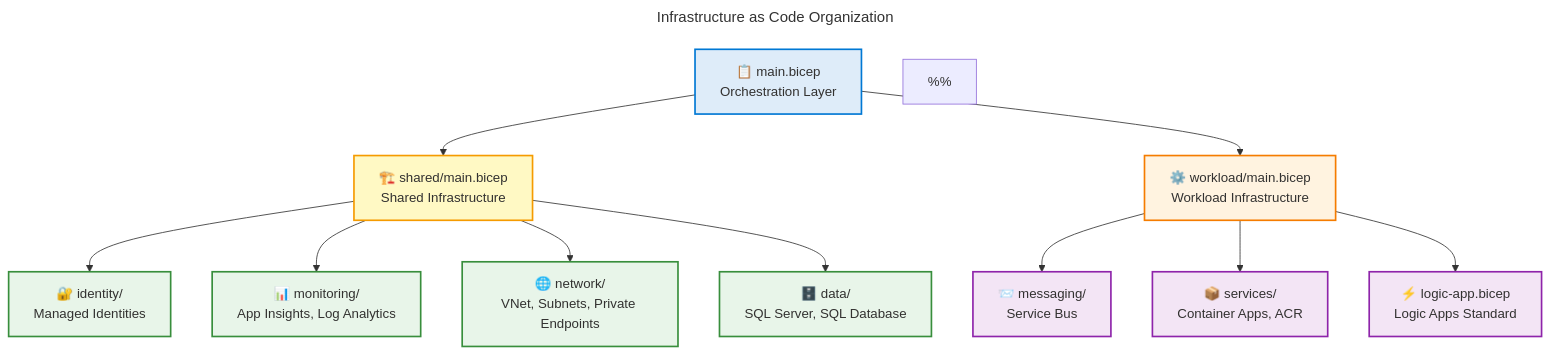
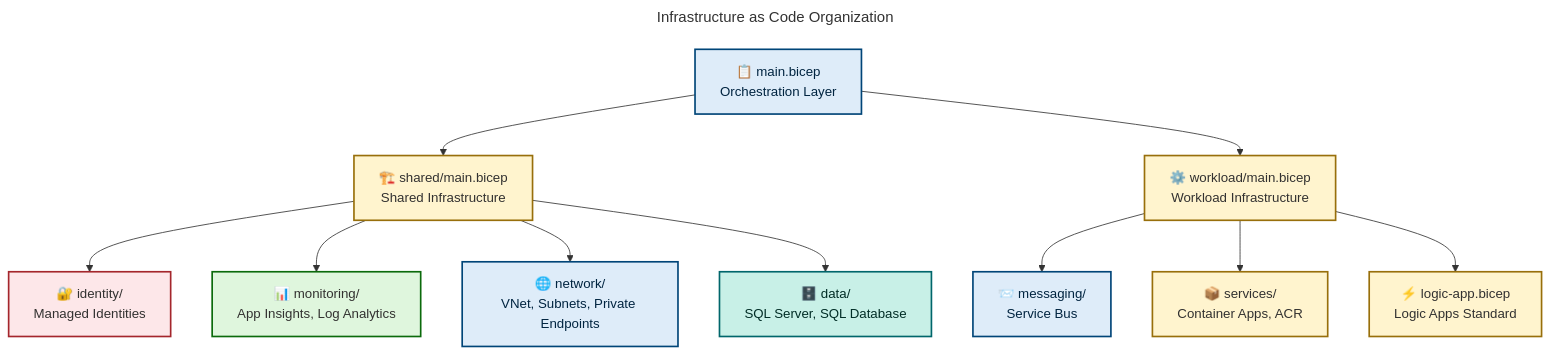
Before and after one commit to Evilazaro/Azure-LogicApps-Monitoring: the second of 3 diagrams in README.md, drawn with Mermaid. The commit also changed other lines of this file, not shown here.

Commit message:
docs: update architecture diagrams with enhanced semantic color coding and accessibility features

````diff
--- a/README.md
+++ b/README.md
@@ -1488,43 +1497,51 @@
 ```mermaid
 ---
 title: "Infrastructure as Code Organization"
 ---
 graph TD
     accTitle: Infrastructure as Code Organization
     accDescr: Hierarchical diagram showing Bicep infrastructure organization with main orchestration layer connecting to shared infrastructure modules including identity, monitoring, network, and data, and workload infrastructure modules including messaging, container services, and Logic Apps
+
+    %% AZURE / FLUENT ARCHITECTURE PATTERN v1.1
+    %% Semantic + Structural + Font + Accessibility Governance
+    %% Color Scheme: Hierarchical structure with semantic differentiation
+    %% Blue (#DEECF9): Main orchestration | Yellow (#FFF4CE): Shared resources
+    %% Orange (#FDE7E9): Workload resources | Teal (#C8F0E7): Data/Storage
+    %% Green (#DFF6DD): Monitoring | Coral (#F3D6D8): Security
 
     Main["📋 main.bicep<br/>Orchestration Layer"]
 
     Main --> Shared["🏗️ shared/main.bicep<br/>Shared Infrastructure"]
     Main --> Workload["⚙️ workload/main.bicep<br/>Workload Infrastructure"]
 
     Shared --> Identity["🔐 identity/<br/>Managed Identities"]
     Shared --> Monitoring["📊 monitoring/<br/>App Insights, Log Analytics"]
     Shared --> Network["🌐 network/<br/>VNet, Subnets, Private Endpoints"]
     Shared --> Data["🗄️ data/<br/>SQL Server, SQL Database"]
 
     Workload --> Messaging["📨 messaging/<br/>Service Bus"]
     Workload --> Services["📦 services/<br/>Container Apps, ACR"]
     Workload --> LogicAppMod["⚡ logic-app.bicep<br/>Logic Apps Standard"]
 
-    style Main fill:#DEECF9,stroke:#0078D4,stroke-width:2px,color:#323130
-    style Shared fill:#FFF9C4,stroke:#F59B00,stroke-width:2px,color:#323130
-    style Workload fill:#FFF3E0,stroke:#F57C00,stroke-width:2px,color:#323130
-    style Identity fill:#E8F5E9,stroke:#388E3C,stroke-width:2px,color:#323130
-    style Monitoring fill:#E8F5E9,stroke:#388E3C,stroke-width:2px,color:#323130
-    style Network fill:#E8F5E9,stroke:#388E3C,stroke-width:2px,color:#323130
-    style Data fill:#E8F5E9,stroke:#388E3C,stroke-width:2px,color:#323130
-    style Messaging fill:#F3E5F5,stroke:#8E24AA,stroke-width:2px,color:#323130
-    style Services fill:#F3E5F5,stroke:#8E24AA,stroke-width:2px,color:#323130
-    style LogicAppMod fill:#F3E5F5,stroke:#8E24AA,stroke-width:2px,color:#323130
+    %% Apply semantic colors via classDef pattern
+    Main:::azureBlue
+    Shared:::sharedYellow
+    Workload:::sharedYellow
+    Identity:::warningOrange
+    Monitoring:::successGreen
+    Network:::azureBlue
+    Data:::presenceTeal
+    Messaging:::azureBlue
+    Services:::sharedYellow
+    LogicAppMod:::sharedYellow
 
-    %% Color Palette Documentation
-    %% azureBlue (#DEECF9): Orchestration layer
-    %% azureYellow (#FFF9C4): Shared infrastructure modules
-    %% azureOrange (#FFF3E0): Workload infrastructure layer
-    %% azureGreen (#E8F5E9): Shared resource modules
-    %% azurePurple (#F3E5F5): Workload resource modules
-    %%
-    %% Accessibility: WCAG AA compliant (4.5:1 contrast ratio)
-    %% Icons: Semantic emojis for visual identification of infrastructure components
+    %% classDef declarations (AZURE/FLUENT v1.1 - 100-level fills)
+    classDef azureBlue fill:#DEECF9,stroke:#004578,stroke-width:2px,color:#002440
+    classDef sharedYellow fill:#FFF4CE,stroke:#986F0B,stroke-width:2px,color:#323130
+    classDef warningOrange fill:#FDE7E9,stroke:#A4262C,stroke-width:2px,color:#323130
+    classDef successGreen fill:#DFF6DD,stroke:#0B6A0B,stroke-width:2px,color:#323130
+    classDef presenceTeal fill:#C8F0E7,stroke:#00666B,stroke-width:2px,color:#002D26
+
+    %% Accessibility: WCAG AA compliant (4.5:1 contrast ratio minimum)
+    %% Icons: Semantic emojis for infrastructure component type identification
 ```
````
